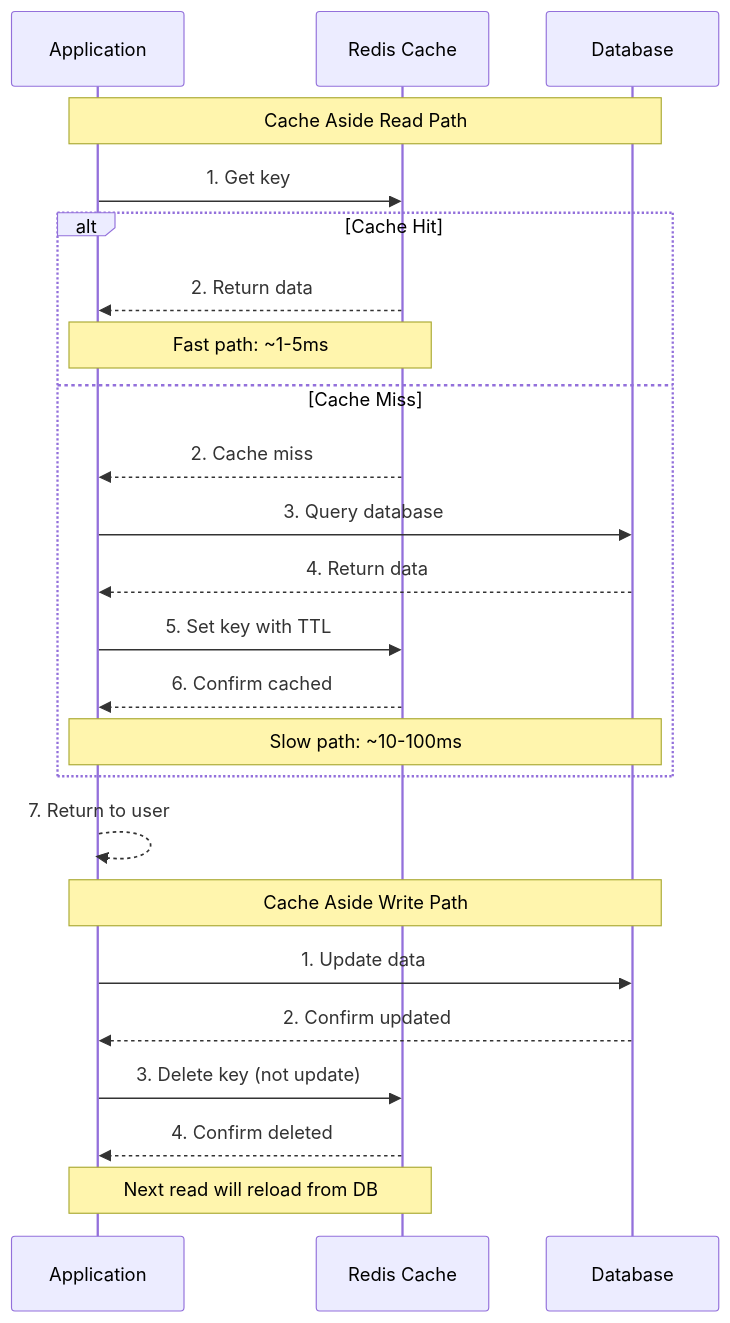
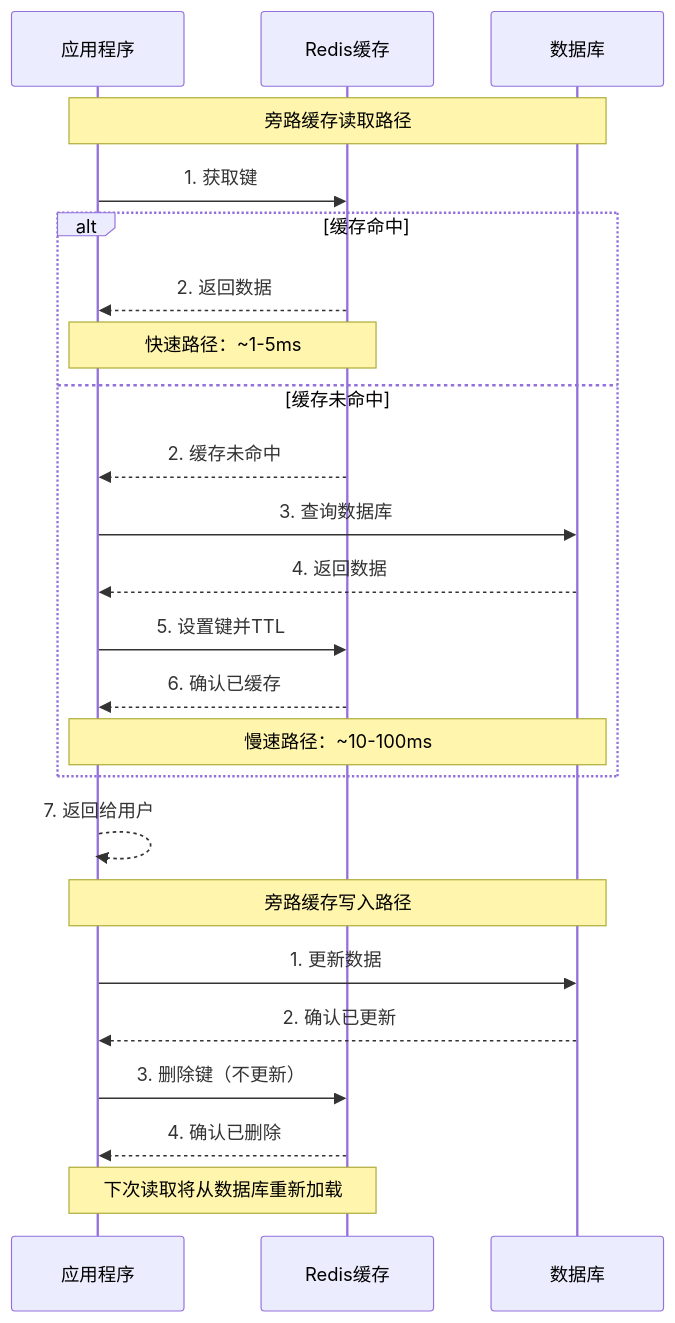
Before and after one commit to YiWang24/AiDIY: the second of 3 diagrams in i18n/zh-Hans/docusaurus-plugin-content-docs/current/cs/system-design/caching-layer.mdx, drawn with Mermaid. The commit also changed other lines of this file and 26 other files, not shown here.

````diff
--- a/i18n/zh-Hans/docusaurus-plugin-content-docs/current/cs/system-design/caching-layer.mdx
+++ b/i18n/zh-Hans/docusaurus-plugin-content-docs/current/cs/system-design/caching-layer.mdx
@@ -351,28 +351,28 @@
 ```mermaid
 sequenceDiagram
-    participant App as Application
-    participant Cache as Redis Cache
-    participant DB as Database
+    participant App as 应用程序
+    participant Cache as Redis缓存
+    participant DB as 数据库
 
-    Note over App,DB: Cache Aside Read Path
-    App->>Cache: 1. Get key
-    alt Cache Hit
-        Cache-->>App: 2. Return data
-        Note over App,Cache: Fast path: ~1-5ms
-    else Cache Miss
-        Cache-->>App: 2. Cache miss
-        App->>DB: 3. Query database
-        DB-->>App: 4. Return data
-        App->>Cache: 5. Set key with TTL
-        Cache-->>App: 6. Confirm cached
-        Note over App,DB: Slow path: ~10-100ms
+    Note over App,DB: 旁路缓存读取路径
+    App->>Cache: 1. 获取键
+    alt 缓存命中
+        Cache-->>App: 2. 返回数据
+        Note over App,Cache: 快速路径：~1-5ms
+    else 缓存未命中
+        Cache-->>App: 2. 缓存未命中
+        App->>DB: 3. 查询数据库
+        DB-->>App: 4. 返回数据
+        App->>Cache: 5. 设置键并TTL
+        Cache-->>App: 6. 确认已缓存
+        Note over App,DB: 慢速路径：~10-100ms
     end
-    App-->>App: 7. Return to user
+    App-->>App: 7. 返回给用户
 
-    Note over App,DB: Cache Aside Write Path
-    App->>DB: 1. Update data
-    DB-->>App: 2. Confirm updated
-    App->>Cache: 3. Delete key (not update)
-    Cache-->>App: 4. Confirm deleted
-    Note over App,Cache: Next read will reload from DB
+    Note over App,DB: 旁路缓存写入路径
+    App->>DB: 1. 更新数据
+    DB-->>App: 2. 确认已更新
+    App->>Cache: 3. 删除键（不更新）
+    Cache-->>App: 4. 确认已删除
+    Note over App,Cache: 下次读取将从数据库重新加载
 ```
````
